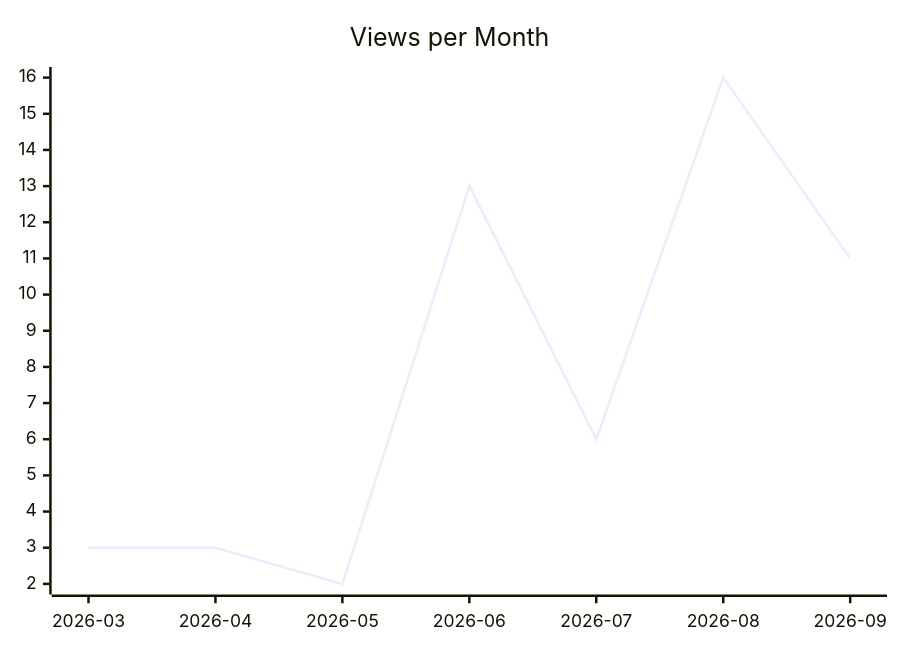
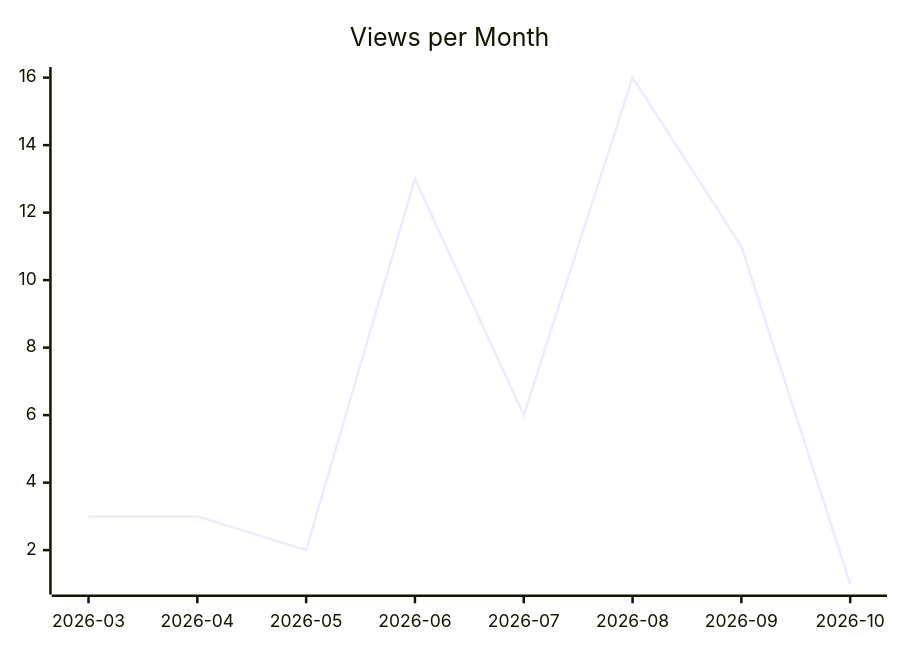
Before and after one commit to justdavis-family/github-analytics-data: the second of 3 diagrams in karlmdavis/rps-tourney/README.md, drawn with Mermaid. The commit also changed other lines of this file and 202 other files, not shown here.

````diff
--- a/karlmdavis/rps-tourney/README.md
+++ b/karlmdavis/rps-tourney/README.md
@@ -12,6 +12,6 @@
 ```mermaid
 xychart-beta
   title "Views per Month"
-  x-axis ["2026-03", "2026-04", "2026-05", "2026-06", "2026-07", "2026-08", "2026-09"]
-  line [3, 3, 2, 13, 6, 16, 11]
+  x-axis ["2026-03", "2026-04", "2026-05", "2026-06", "2026-07", "2026-08", "2026-09", "2026-10"]
+  line [3, 3, 2, 13, 6, 16, 11, 1]
 ```
````
